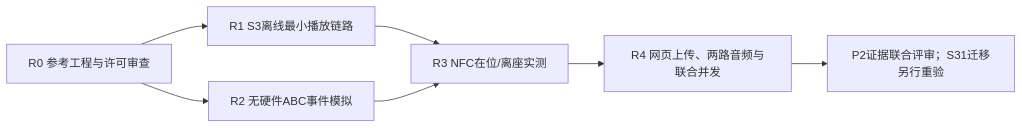
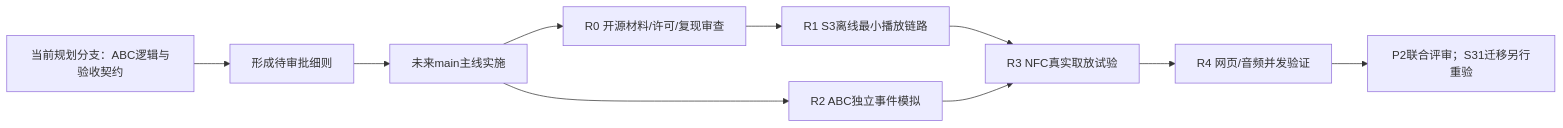
The first of 2 diagrams in product/plan.md (yigencong-1/record-companion), drawn with Mermaid before and after one commit. The commit also changed other lines of this file and 7 other files, not shown here.

````diff
--- a/product/plan.md
+++ b/product/plan.md
@@ -40,9 +40,12 @@
 ```mermaid
 flowchart LR
-    R0["R0 参考工程与许可审查"] --> R1["R1 S3离线最小播放链路"]
-    R0 --> R2["R2 无硬件ABC事件模拟"]
-    R1 --> R3["R3 NFC在位/离座实测"]
+    P["当前规划分支：ABC逻辑与验收契约"] --> Q["形成待审批细则"]
+    Q --> M["未来main主线实施"]
+    M --> R0["R0 开源材料/许可/复现审查"]
+    M --> R2["R2 ABC独立事件模拟"]
+    R0 --> R1["R1 S3离线最小播放链路"]
+    R1 --> R3["R3 NFC真实取放试验"]
     R2 --> R3
-    R3 --> R4["R4 网页上传、两路音频与联合并发"]
-    R4 --> G["P2证据联合评审；S31迁移另行重验"]
+    R3 --> R4["R4 网页/音频并发验证"]
+    R4 --> G["P2联合评审；S31迁移另行重验"]
 ```
````
